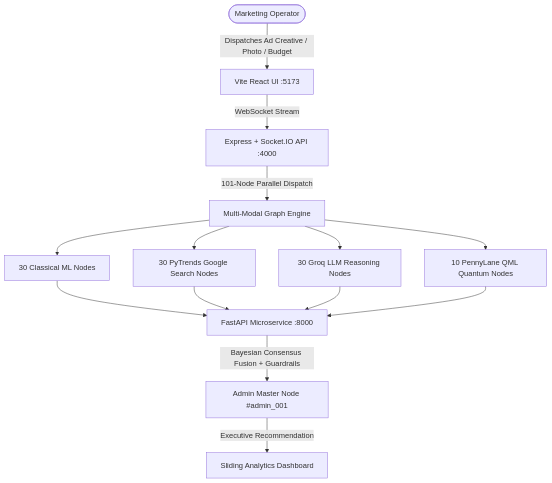
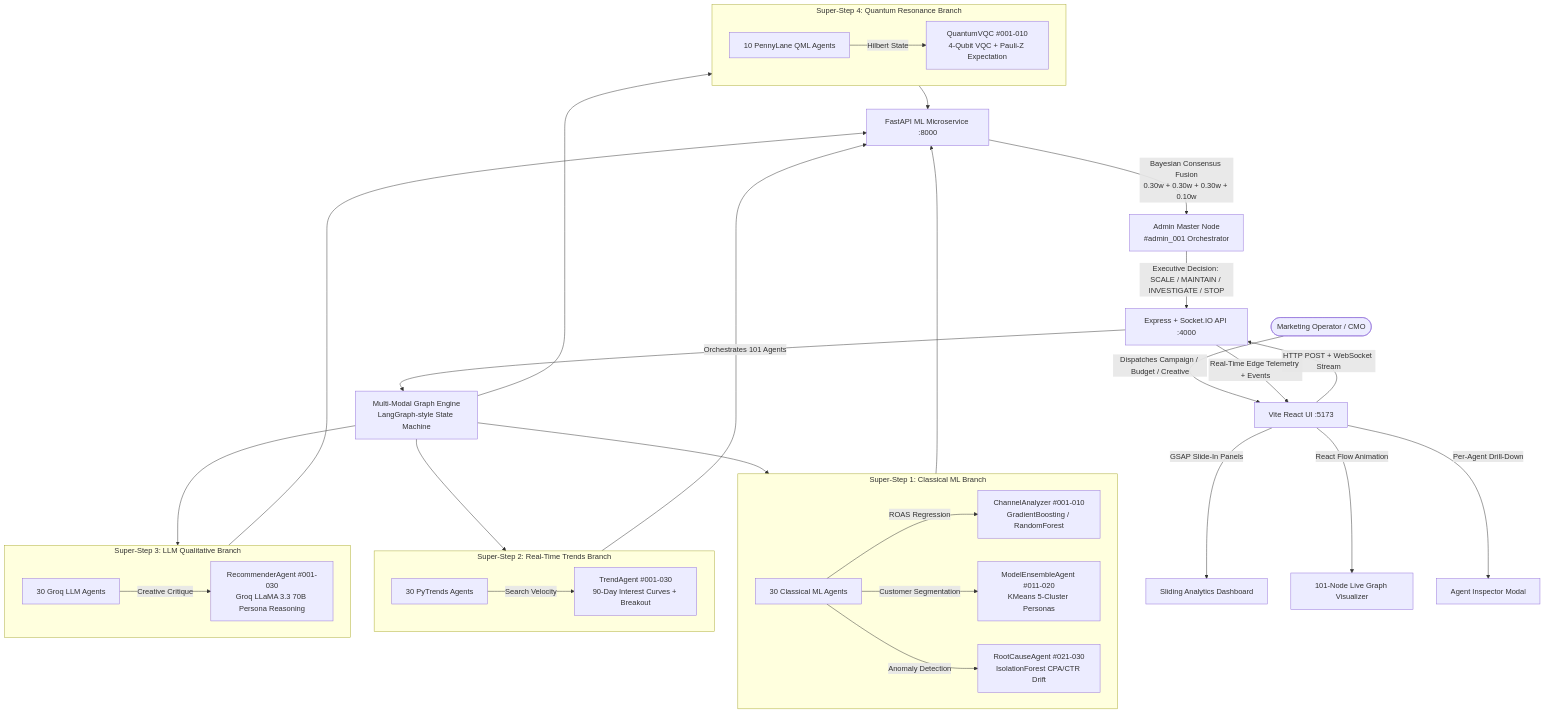
One commit to ARYANCY/Margent changed the diagram in README.md. Above: the diagram before and after it, drawn with Mermaid. The commit also changed other lines of this file and 6 other files, not shown here.

````diff
--- a/README.md
+++ b/README.md
@@ -10,19 +71,45 @@
 ```mermaid
 graph TD
-    User([Marketing Operator]) -->|Dispatches Ad Creative / Photo / Budget| Web[Vite React UI :5173]
-    Web -->|WebSocket Stream| API[Express + Socket.IO API :4000]
-    API -->|101-Node Parallel Dispatch| Graph[Multi-Modal Graph Engine]
-    
-    Graph --> BranchML[30 Classical ML Nodes]
-    Graph --> BranchTrends[30 PyTrends Google Search Nodes]
-    Graph --> BranchGroq[30 Groq LLM Reasoning Nodes]
-    Graph --> BranchQML[10 PennyLane QML Quantum Nodes]
-    
-    BranchML --> PyML[FastAPI Microservice :8000]
+    User([Marketing Operator / CMO]) -->|Dispatches Campaign / Budget / Creative| Web[Vite React UI :5173]
+    Web -->|HTTP POST + WebSocket Stream| API[Express + Socket.IO API :4000]
+    API -->|Orchestrates 101 Agents| Graph[Multi-Modal Graph Engine<br/>LangGraph-style State Machine]
+
+    subgraph "Super-Step 1: Classical ML Branch"
+        direction LR
+        BranchML[30 Classical ML Agents] -->|ROAS Regression| ML1[ChannelAnalyzer #001-010<br/>GradientBoosting / RandomForest]
+        BranchML -->|Customer Segmentation| ML2[ModelEnsembleAgent #011-020<br/>KMeans 5-Cluster Personas]
+        BranchML -->|Anomaly Detection| ML3[RootCauseAgent #021-030<br/>IsolationForest CPA/CTR Drift]
+    end
+
+    subgraph "Super-Step 2: Real-Time Trends Branch"
+        direction LR
+        BranchTrends[30 PyTrends Agents] -->|Search Velocity| T1[TrendAgent #001-030<br/>90-Day Interest Curves + Breakout]
+    end
+
+    subgraph "Super-Step 3: LLM Qualitative Branch"
+        direction LR
+        BranchGroq[30 Groq LLM Agents] -->|Creative Critique| G1[RecommenderAgent #001-030<br/>Groq LLaMA 3.3 70B Persona Reasoning]
+    end
+
+    subgraph "Super-Step 4: Quantum Resonance Branch"
+        direction LR
+        BranchQML[10 PennyLane QML Agents] -->|Hilbert State| Q1[QuantumVQC #001-010<br/>4-Qubit VQC + Pauli-Z Expectation]
+    end
+
+    Graph --> BranchML
+    Graph --> BranchTrends
+    Graph --> BranchGroq
+    Graph --> BranchQML
+
+    BranchML --> PyML[FastAPI ML Microservice :8000]
     BranchTrends --> PyML
     BranchGroq --> PyML
     BranchQML --> PyML
-    
-    PyML -->|Bayesian Consensus Fusion + Guardrails| Admin[Admin Master Node #admin_001]
-    Admin -->|Executive Recommendation| Dashboard[Sliding Analytics Dashboard]
+
+    PyML -->|Bayesian Consensus Fusion<br/>0.30w + 0.30w + 0.30w + 0.10w| Admin[Admin Master Node<br/>#admin_001 Orchestrator]
+    Admin -->|Executive Decision: SCALE / MAINTAIN / INVESTIGATE / STOP| API
+    API -->|Real-Time Edge Telemetry + Events| Web
+    Web -->|GSAP Slide-In Panels| Dashboard[Sliding Analytics Dashboard]
+    Web -->|React Flow Animation| GraphViz[101-Node Live Graph Visualizer]
+    Web -->|Per-Agent Drill-Down| Inspector[Agent Inspector Modal]
 ```
````
